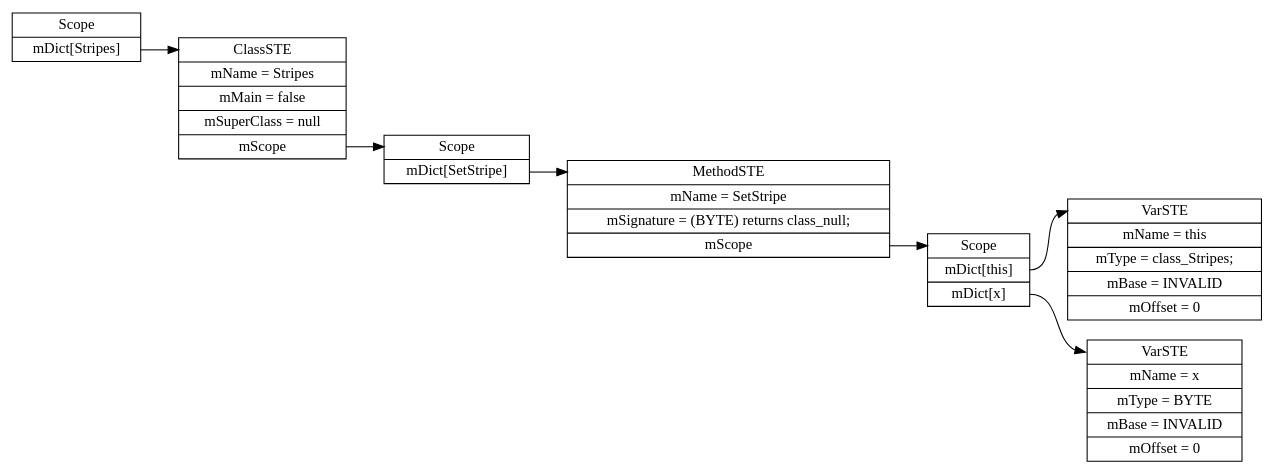
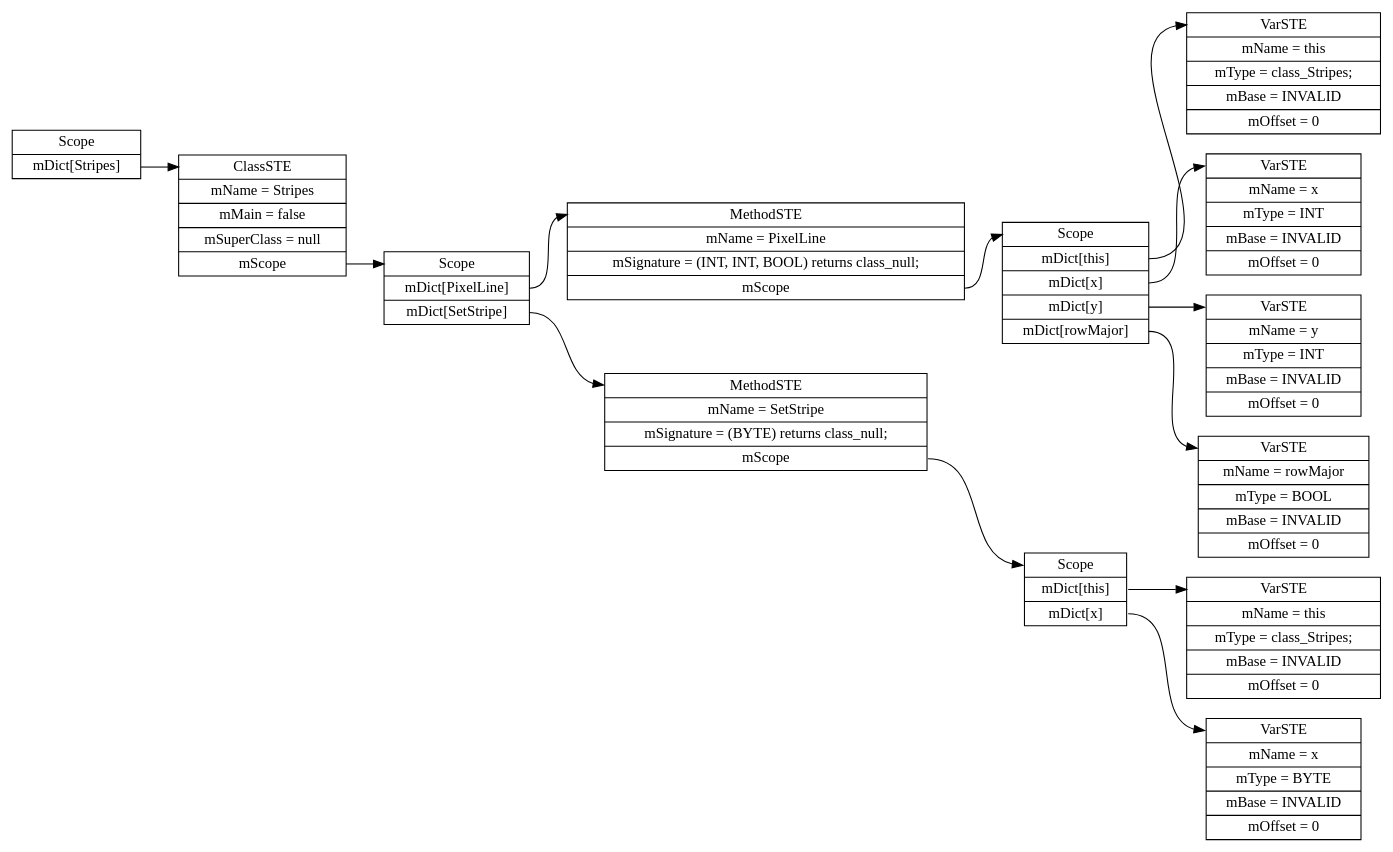
The diagram in PA1/PA4Test2.java.ST.dot (agcastillo/CS4620-Compilers), drawn with Graphviz before and after one commit. The commit also changed 10 other files, not shown here.

```diff
--- a/PA1/PA4Test2.java.ST.dot
+++ b/PA1/PA4Test2.java.ST.dot
@@ -1,17 +1,29 @@
 digraph SymTable {
 	graph [rankdir="LR"];
 	node [shape=record];
 	0 [label=" <f0> Scope | <f1> mDict\[Stripes\] "];
 	0:<f1> -> 1:<f0>;
 	1 [label=" <f0> ClassSTE | <f1> mName = Stripes| <f2> mMain = false| <f3> mSuperClass = null| <f4> mScope "];
 	1:<f4> -> 2:<f0>;
-	2 [label=" <f0> Scope | <f1> mDict\[SetStripe\] "];
+	2 [label=" <f0> Scope | <f1> mDict\[PixelLine\] | <f2> mDict\[SetStripe\] "];
 	2:<f1> -> 3:<f0>;
-	3 [label=" <f0> MethodSTE | <f1> mName = SetStripe| <f2> mSignature = (BYTE) returns class_null;| <f3> mScope "];
+	3 [label=" <f0> MethodSTE | <f1> mName = PixelLine| <f2> mSignature = (INT, INT, BOOL) returns class_null;| <f3> mScope "];
 	3:<f3> -> 4:<f0>;
-	4 [label=" <f0> Scope | <f1> mDict\[this\] | <f2> mDict\[x\] "];
+	4 [label=" <f0> Scope | <f1> mDict\[this\] | <f2> mDict\[x\] | <f3> mDict\[y\] | <f4> mDict\[rowMajor\] "];
 	4:<f1> -> 5:<f0>;
 	5 [label=" <f0> VarSTE | <f1> mName = this| <f2> mType = class_Stripes;| <f3> mBase = INVALID| <f4> mOffset = 0"];
 	4:<f2> -> 6:<f0>;
-	6 [label=" <f0> VarSTE | <f1> mName = x| <f2> mType = BYTE| <f3> mBase = INVALID| <f4> mOffset = 0"];
+	6 [label=" <f0> VarSTE | <f1> mName = x| <f2> mType = INT| <f3> mBase = INVALID| <f4> mOffset = 0"];
+	4:<f3> -> 7:<f0>;
+	7 [label=" <f0> VarSTE | <f1> mName = y| <f2> mType = INT| <f3> mBase = INVALID| <f4> mOffset = 0"];
+	4:<f4> -> 8:<f0>;
+	8 [label=" <f0> VarSTE | <f1> mName = rowMajor| <f2> mType = BOOL| <f3> mBase = INVALID| <f4> mOffset = 0"];
+	2:<f2> -> 9:<f0>;
+	9 [label=" <f0> MethodSTE | <f1> mName = SetStripe| <f2> mSignature = (BYTE) returns class_null;| <f3> mScope "];
+	9:<f3> -> 10:<f0>;
+	10 [label=" <f0> Scope | <f1> mDict\[this\] | <f2> mDict\[x\] "];
+	10:<f1> -> 11:<f0>;
+	11 [label=" <f0> VarSTE | <f1> mName = this| <f2> mType = class_Stripes;| <f3> mBase = INVALID| <f4> mOffset = 0"];
+	10:<f2> -> 12:<f0>;
+	12 [label=" <f0> VarSTE | <f1> mName = x| <f2> mType = BYTE| <f3> mBase = INVALID| <f4> mOffset = 0"];
 }
```
